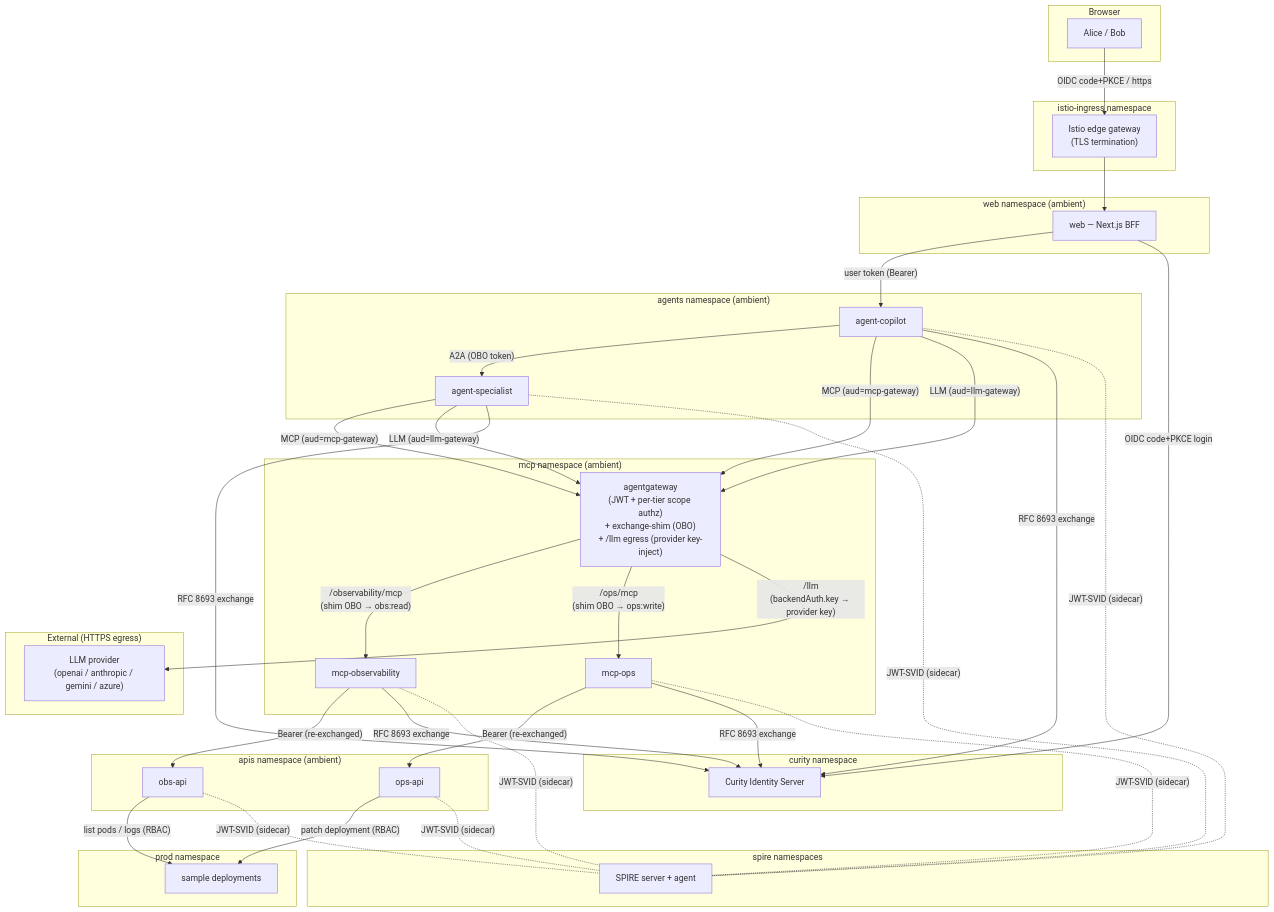
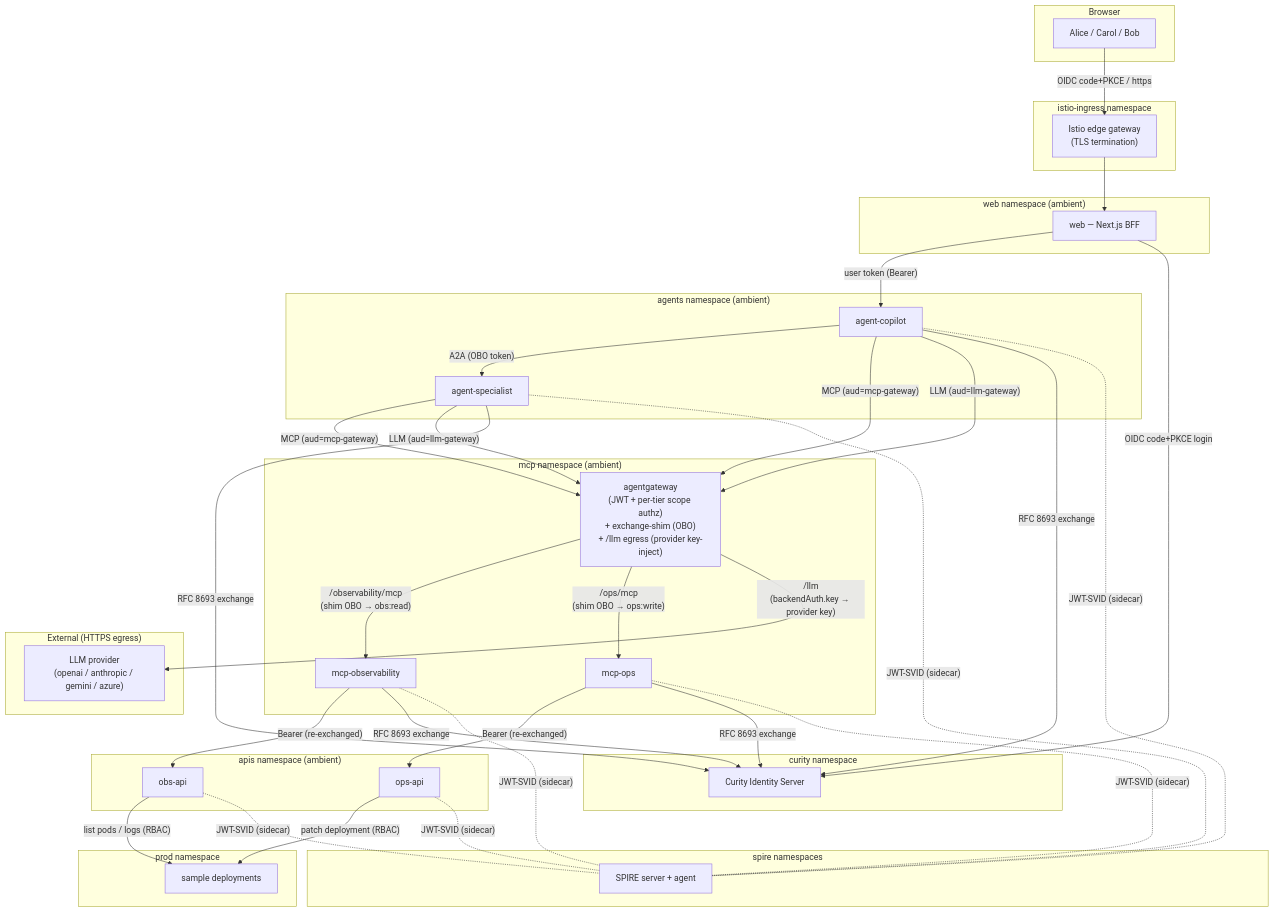
Before and after one commit to curityio/ai-agents-auth-demo: the first of 4 diagrams in docs/architecture.md, drawn with Mermaid. The commit also changed other lines of this file and 7 other files, not shown here.

````diff
--- a/docs/architecture.md
+++ b/docs/architecture.md
@@ -81,65 +81,65 @@
 ```mermaid
 flowchart TB
   subgraph browser["Browser"]
-    U["Alice / Bob"]
+    U["Alice / Carol / Bob"]
   end
 
   subgraph ingress_ns["istio-ingress namespace"]
     GW["Istio edge gateway<br/>(TLS termination)"]
   end
 
   subgraph web_ns["web namespace (ambient)"]
     W["web — Next.js BFF"]
   end
 
   subgraph agents_ns["agents namespace (ambient)"]
     A1["agent-copilot"]
     A2["agent-specialist"]
   end
 
   subgraph mcp_ns["mcp namespace (ambient)"]
     GWY["agentgateway<br/>(JWT + per-tier scope authz)<br/>+ exchange-shim (OBO)<br/>+ /llm egress (provider key-inject)"]
     M1["mcp-observability"]
     M2["mcp-ops"]
   end
 
   subgraph apis_ns["apis namespace (ambient)"]
     B1["obs-api"]
     B2["ops-api"]
   end
 
   subgraph prod_ns["prod namespace"]
     V["sample deployments"]
   end
 
   subgraph curity_ns["curity namespace"]
     C["Curity Identity Server"]
   end
 
   subgraph spire_ns["spire namespaces"]
     S["SPIRE server + agent"]
   end
 
   subgraph external["External (HTTPS egress)"]
     LLM["LLM provider<br/>(openai / anthropic / gemini / azure)"]
   end
 
   U -- "OIDC code+PKCE / https" --> GW
   GW --> W
   W -- "user token (Bearer)" --> A1
   A1 -- "A2A (OBO token)" --> A2
   A1 -- "MCP (aud=mcp-gateway)" --> GWY
   A2 -- "MCP (aud=mcp-gateway)" --> GWY
   A1 -- "LLM (aud=llm-gateway)" --> GWY
   A2 -- "LLM (aud=llm-gateway)" --> GWY
   GWY -- "/observability/mcp<br/>(shim OBO → obs:read)" --> M1
   GWY -- "/ops/mcp<br/>(shim OBO → ops:write)" --> M2
   GWY -- "/llm<br/>(backendAuth.key → provider key)" --> LLM
   M1 -- "Bearer (re-exchanged)" --> B1
   M2 -- "Bearer (re-exchanged)" --> B2
   B1 -- "list pods / logs (RBAC)" --> V
   B2 -- "patch deployment (RBAC)" --> V
   W -- "OIDC code+PKCE login" --> C
   A1 & A2 & M1 & M2 -- "RFC 8693 exchange" --> C
   B1 & B2 & A1 & A2 & M1 & M2 -. "JWT-SVID (sidecar)" .- S
 ```
````
